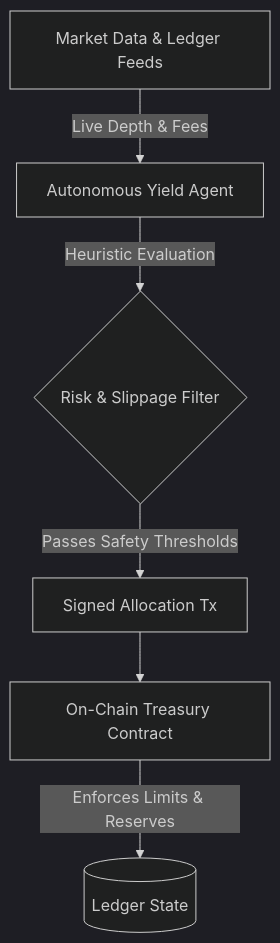
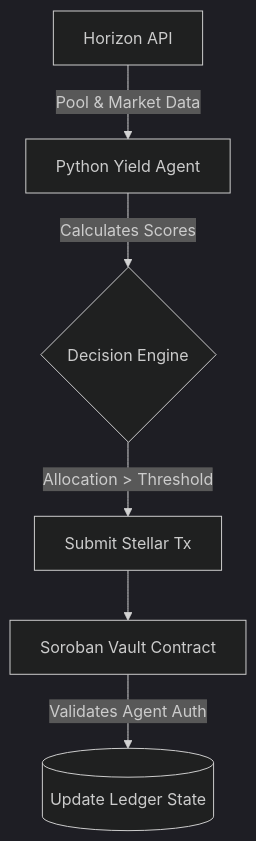
Before and after one commit to HaloPaye/halopay-yield-contracts: the diagram in README.md, drawn with Mermaid (dark theme). The commit also changed other lines of this file, not shown here.

First line of the commit message:
docs(readme): restore comprehensive architecture details and position stellar integration lower in doc (#136)

````diff
--- a/README.md
+++ b/README.md
@@ -23,8 +26,8 @@
 ```mermaid
 graph TD
-  Feed[Market Data & Ledger Feeds] -->|Live Depth & Fees| Agent[Autonomous Yield Agent]
-  Agent -->|Heuristic Evaluation| Engine{Risk & Slippage Filter}
-  Engine -->|Passes Safety Thresholds| Exec[Signed Allocation Tx]
-  Exec --> Vault[On-Chain Treasury Contract]
-  Vault -->|Enforces Limits & Reserves| State[(Ledger State)]
+  Horizon[Horizon API] -->|Pool & Market Data| Agent[Python Yield Agent]
+  Agent -->|Calculates Scores| Engine{Decision Engine}
+  Engine -- "Allocation > Threshold" --> Submit[Submit Stellar Tx]
+  Submit --> Vault[Soroban Vault Contract]
+  Vault -->|Validates Agent Auth| State[(Update Ledger State)]
 ```
````
